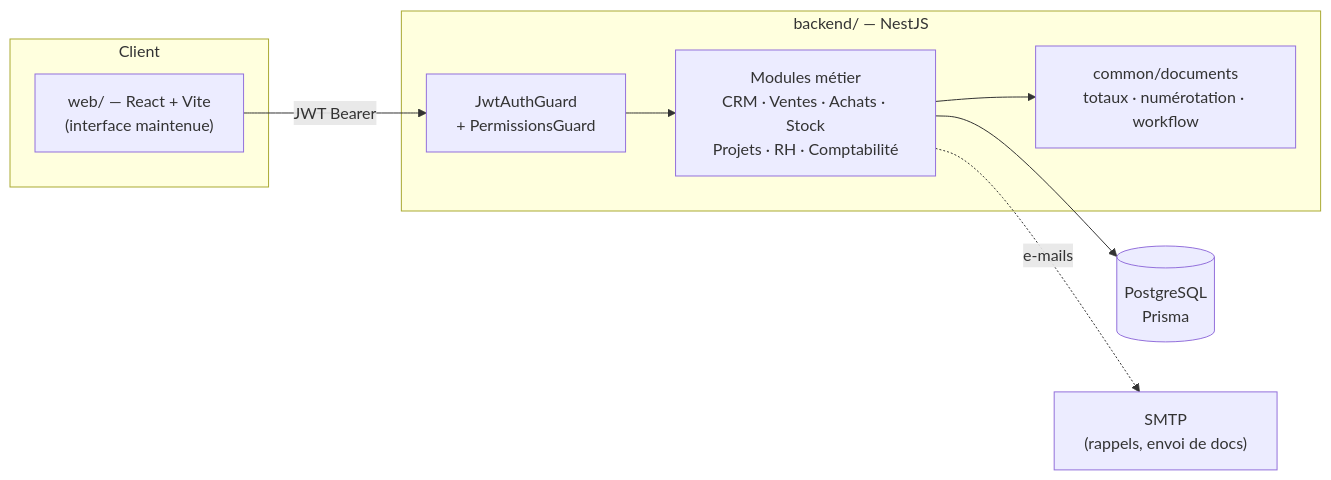
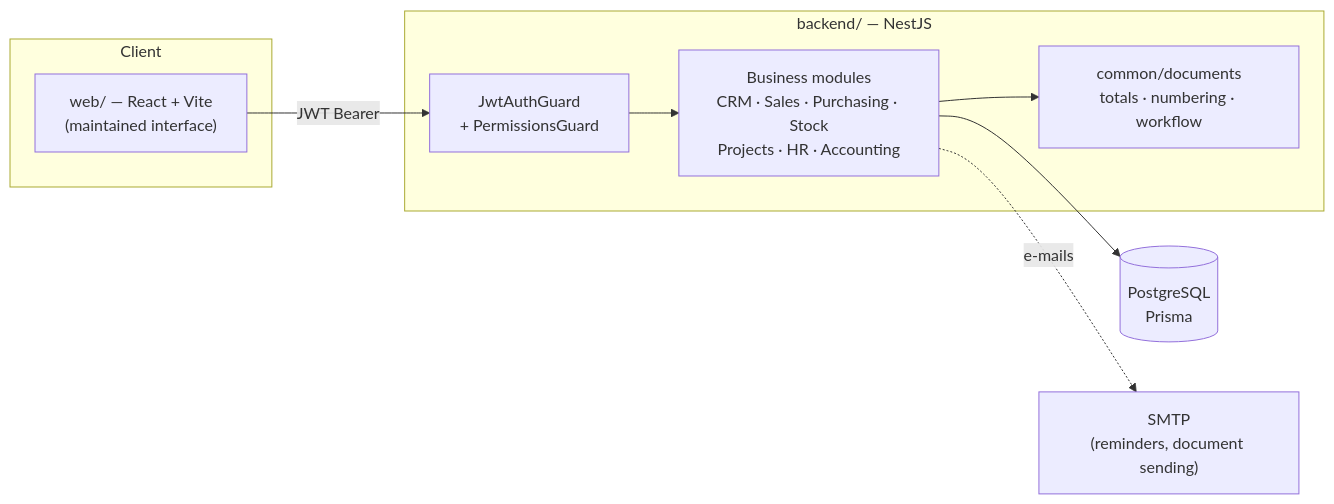
The diagram in README.md (Bdexez/up_network2.0), drawn with Mermaid before and after one commit. The commit also changed other lines of this file, not shown here.

````diff
--- a/README.md
+++ b/README.md
@@ -112,18 +112,18 @@
 ```mermaid
 flowchart LR
   subgraph Client
-    W["web/ — React + Vite<br/>(interface maintenue)"]
+    W["web/ — React + Vite<br/>(maintained interface)"]
   end
   subgraph API["backend/ — NestJS"]
     G["JwtAuthGuard<br/>+ PermissionsGuard"]
-    M["Modules métier<br/>CRM · Ventes · Achats · Stock<br/>Projets · RH · Comptabilité"]
-    D["common/documents<br/>totaux · numérotation · workflow"]
+    M["Business modules<br/>CRM · Sales · Purchasing · Stock<br/>Projects · HR · Accounting"]
+    D["common/documents<br/>totals · numbering · workflow"]
   end
   DB[("PostgreSQL<br/>Prisma")]
-  SMTP["SMTP<br/>(rappels, envoi de docs)"]
+  SMTP["SMTP<br/>(reminders, document sending)"]
 
   W -- "JWT Bearer" --> G --> M
   M --> D
   M --> DB
   M -. "e-mails" .-> SMTP
 ```
````
